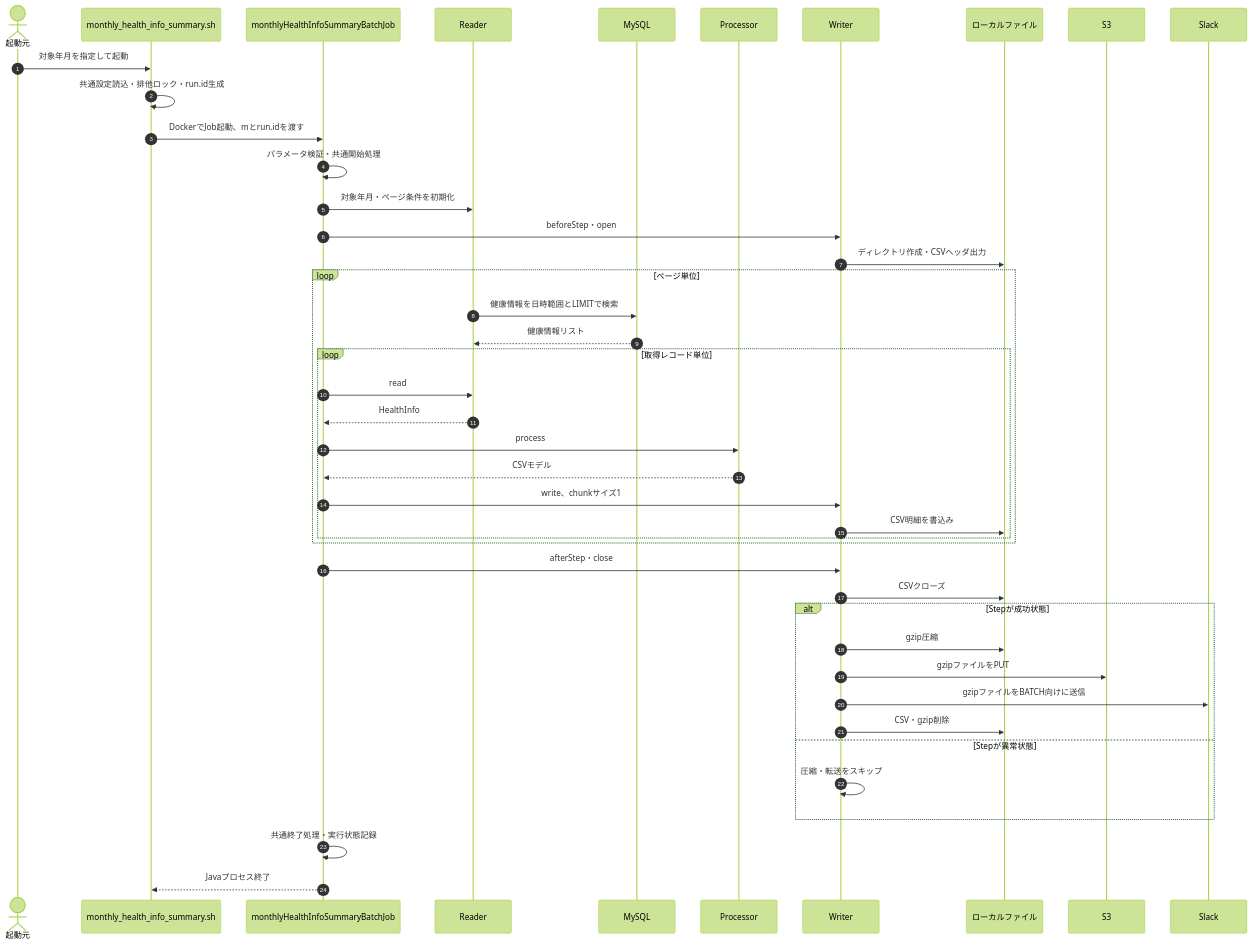
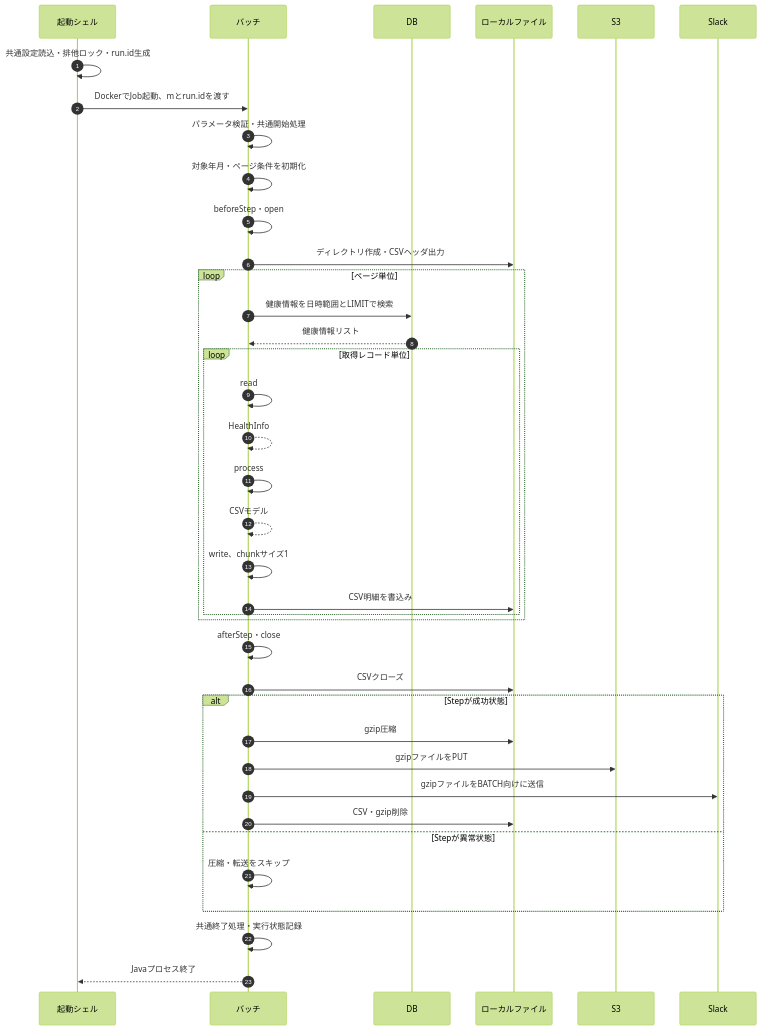
One commit to kohei-okazaki/work-3g changed the second of 2 diagrams in ha-docs/design/03_batch/設計書_3.2.月次健康情報集計バッチ.md. Above: the diagram before and after it, drawn with Mermaid (forest theme). The commit also changed other lines of this file and 12 other files, not shown here.

````diff
--- a/ha-docs/design/03_batch/設計書_3.2.月次健康情報集計バッチ.md
+++ b/ha-docs/design/03_batch/設計書_3.2.月次健康情報集計バッチ.md
@@ -148,45 +49,40 @@
 ```mermaid
 sequenceDiagram
     autonumber
-    actor Operator as 起動元
-    participant Shell as monthly_health_info_summary.sh
-    participant Job as monthlyHealthInfoSummaryBatchJob
-    participant Reader as Reader
-    participant DB as MySQL
-    participant Processor as Processor
-    participant Writer as Writer
+    participant Shell as 起動シェル
+    participant Job as バッチ
+    participant DB as DB
     participant File as ローカルファイル
     participant S3 as S3
     participant Slack as Slack
-    Operator->>Shell: 対象年月を指定して起動
     Shell->>Shell: 共通設定読込・排他ロック・run.id生成
     Shell->>Job: DockerでJob起動、mとrun.idを渡す
     Job->>Job: パラメータ検証・共通開始処理
-    Job->>Reader: 対象年月・ページ条件を初期化
-    Job->>Writer: beforeStep・open
-    Writer->>File: ディレクトリ作成・CSVヘッダ出力
+    Job->>Job: 対象年月・ページ条件を初期化
+    Job->>Job: beforeStep・open
+    Job->>File: ディレクトリ作成・CSVヘッダ出力
     loop ページ単位
-        Reader->>DB: 健康情報を日時範囲とLIMITで検索
-        DB-->>Reader: 健康情報リスト
+        Job->>DB: 健康情報を日時範囲とLIMITで検索
+        DB-->>Job: 健康情報リスト
         loop 取得レコード単位
-            Job->>Reader: read
-            Reader-->>Job: HealthInfo
-            Job->>Processor: process
-            Processor-->>Job: CSVモデル
-            Job->>Writer: write、chunkサイズ1
-            Writer->>File: CSV明細を書込み
+            Job->>Job: read
+            Job-->>Job: HealthInfo
+            Job->>Job: process
+            Job-->>Job: CSVモデル
+            Job->>Job: write、chunkサイズ1
+            Job->>File: CSV明細を書込み
         end
     end
-    Job->>Writer: afterStep・close
-    Writer->>File: CSVクローズ
+    Job->>Job: afterStep・close
+    Job->>File: CSVクローズ
     alt Stepが成功状態
-        Writer->>File: gzip圧縮
-        Writer->>S3: gzipファイルをPUT
-        Writer->>Slack: gzipファイルをBATCH向けに送信
-        Writer->>File: CSV・gzip削除
+        Job->>File: gzip圧縮
+        Job->>S3: gzipファイルをPUT
+        Job->>Slack: gzipファイルをBATCH向けに送信
+        Job->>File: CSV・gzip削除
     else Stepが異常状態
-        Writer->>Writer: 圧縮・転送をスキップ
+        Job->>Job: 圧縮・転送をスキップ
     end
     Job->>Job: 共通終了処理・実行状態記録
     Job-->>Shell: Javaプロセス終了
 ```
````
